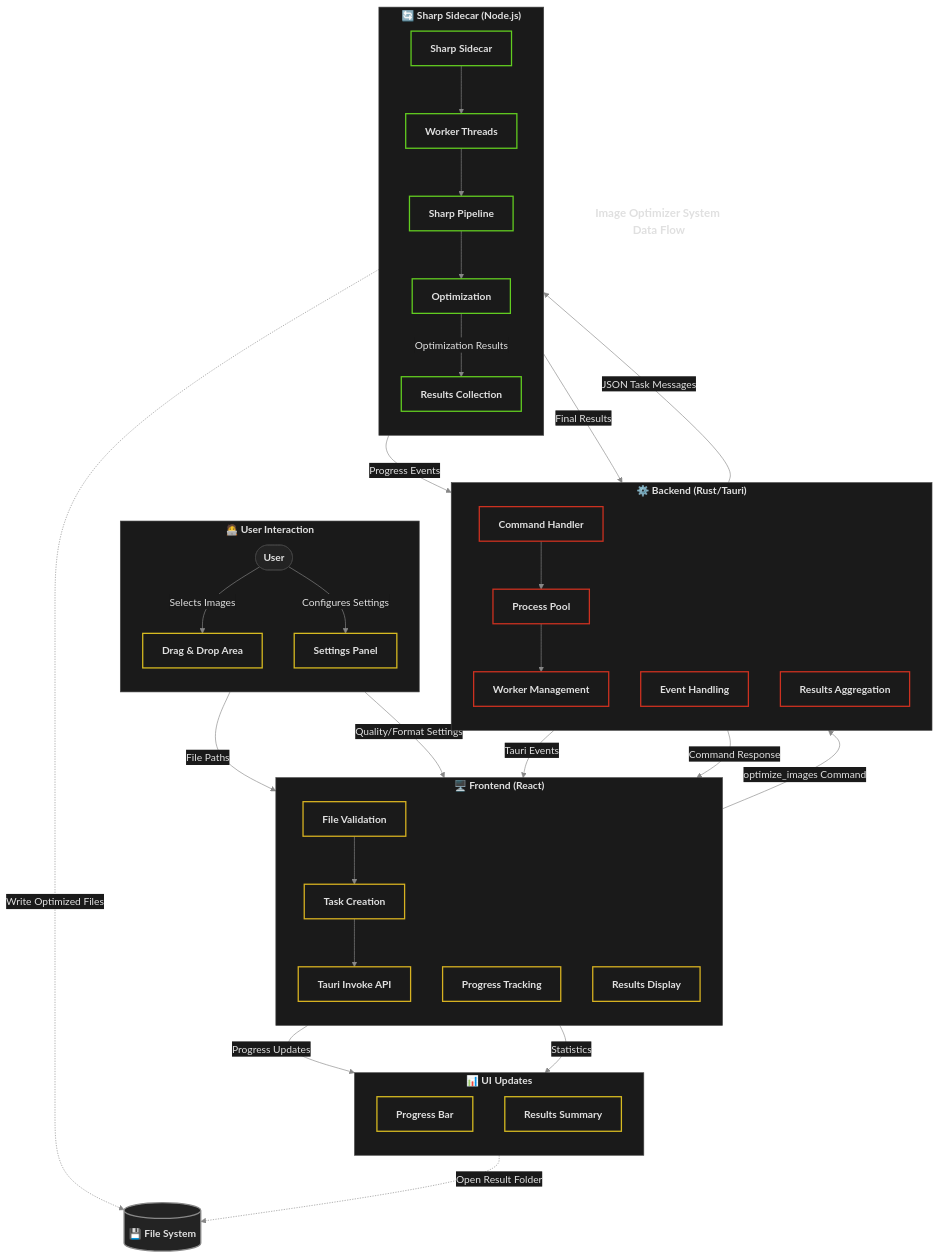
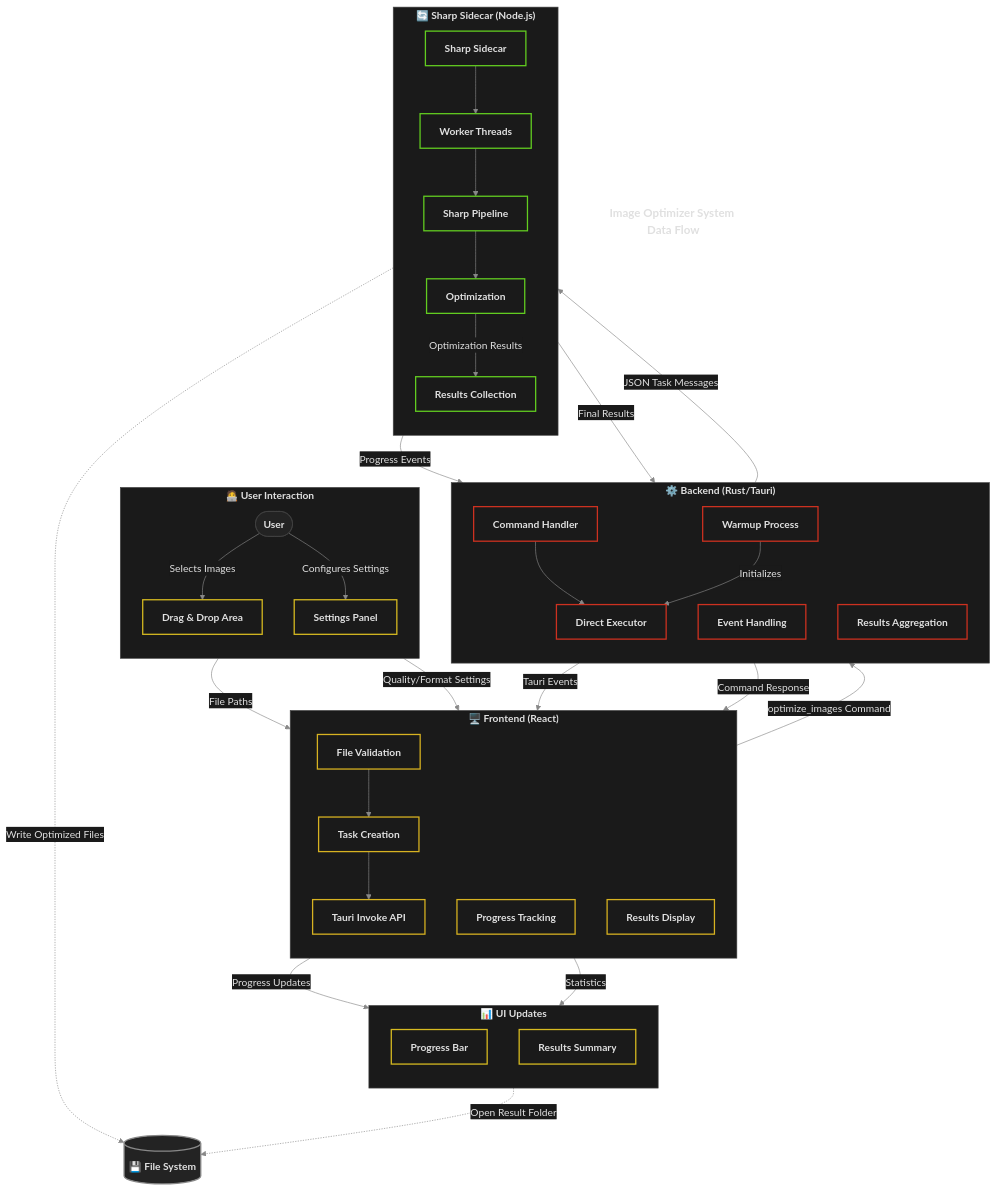
Before and after one commit to MogensenJesse/image-optimizer: the diagram in DOCUMENTATION.md, drawn with Mermaid. The commit also changed other lines of this file and 1 other file, not shown here.

```diff
--- a/DOCUMENTATION.md
+++ b/DOCUMENTATION.md
@@ -49,8 +49,8 @@
     
     subgraph Backend["⚙️ Backend (Rust/Tauri)"]
         direction TB
-        BE1[Command Handler] --> BE2[Process Pool]
-        BE2 --> BE3[Worker Management]
+        BE1[Command Handler] --> BE2[Direct Executor]
+        BE3[Warmup Process]
         BE4[Event Handling]
         BE5[Results Aggregation]
     end
@@ -75,7 +75,8 @@
     
     FE3 -->|optimize_images Command| BE1
     
-    BE3 -->|JSON Task Messages| SC1
+    BE2 -->|JSON Task Messages| SC1
+    BE3 -->|Initializes| BE2
     
     SC4 -->|Optimization Results| SC5
     SC5 -->|Progress Events| BE4
```
